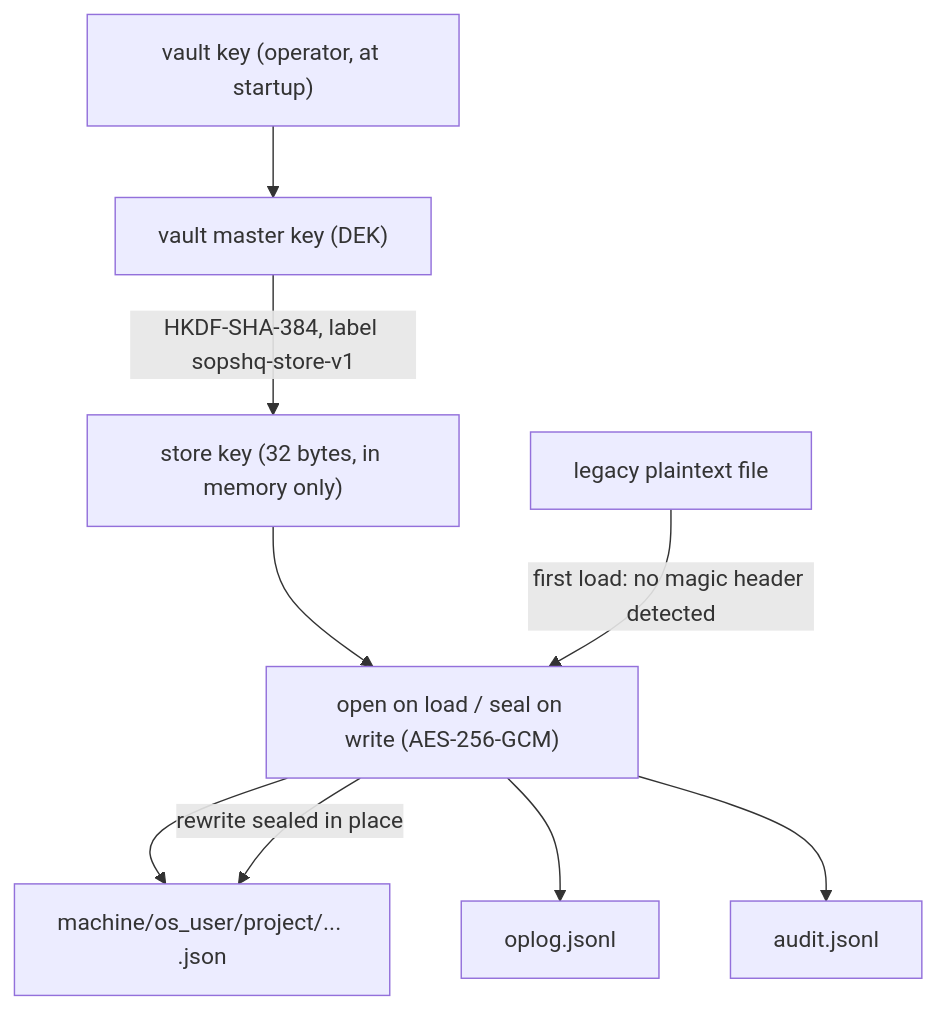
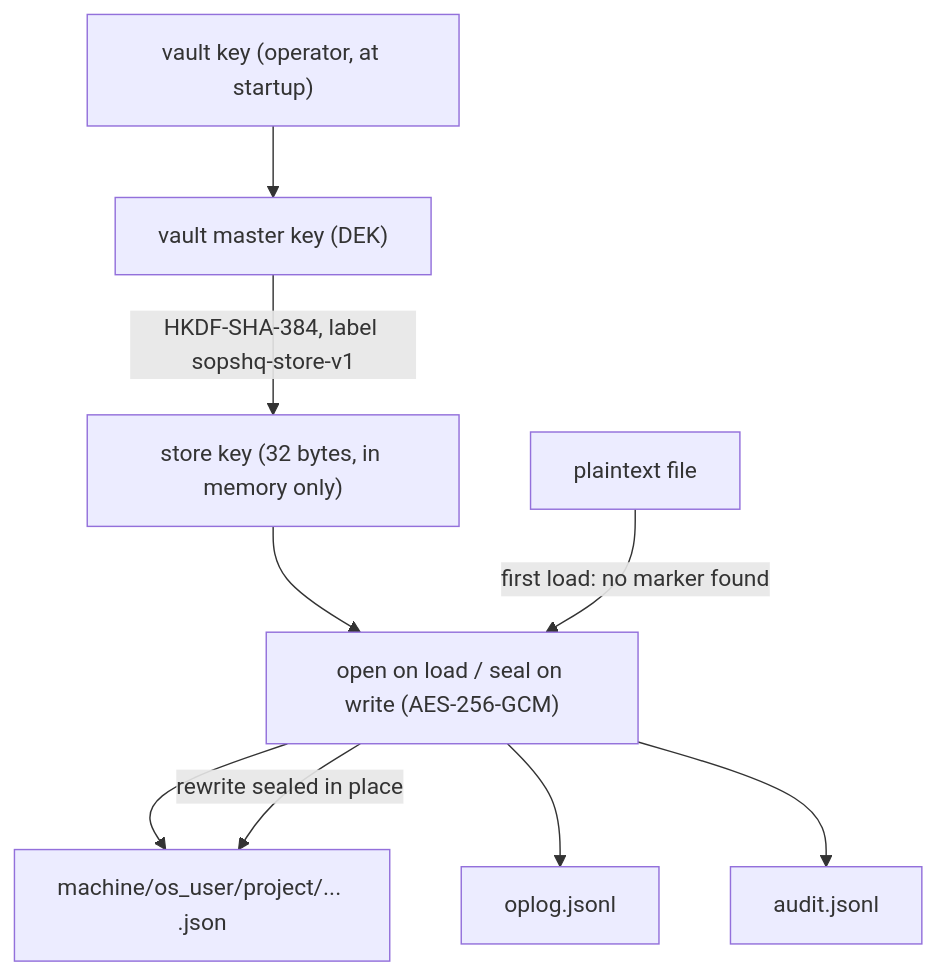
The third of 5 diagrams in docs/architecture/storage-backup-recovery.md (DavidTimar1/SopsHQ), drawn with Mermaid before and after one commit. The commit also changed other lines of this file and 35 other files, not shown here.

````diff
--- a/docs/architecture/storage-backup-recovery.md
+++ b/docs/architecture/storage-backup-recovery.md
@@ -183,11 +216,11 @@
 ```mermaid
 flowchart TD
   PASS["vault key (operator, at startup)"] --> DEK["vault master key (DEK)"]
   DEK -->|"HKDF-SHA-384, label sopshq-store-v1"| SK["store key (32 bytes, in memory only)"]
   SK --> OP["open on load / seal on write (AES-256-GCM)"]
   OP --> F1["machine/os_user/project/... .json"]
   OP --> F2["oplog.jsonl"]
   OP --> F3["audit.jsonl"]
-  PLAIN["legacy plaintext file"] -->|"first load: no magic header detected"| OP
+  PLAIN["plaintext file"] -->|"first load: no marker found"| OP
   OP -->|"rewrite sealed in place"| F1
 ```
````
